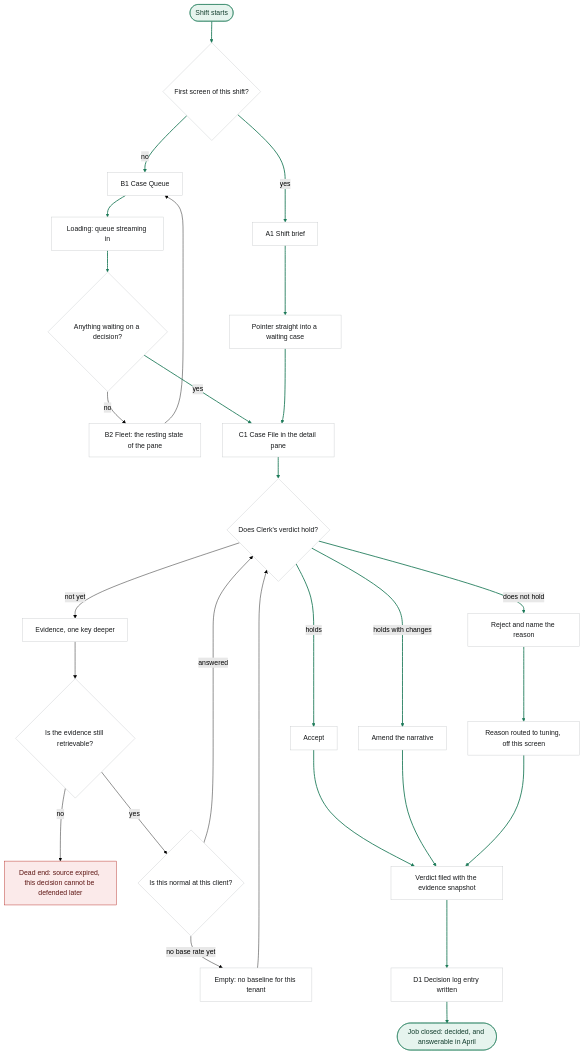
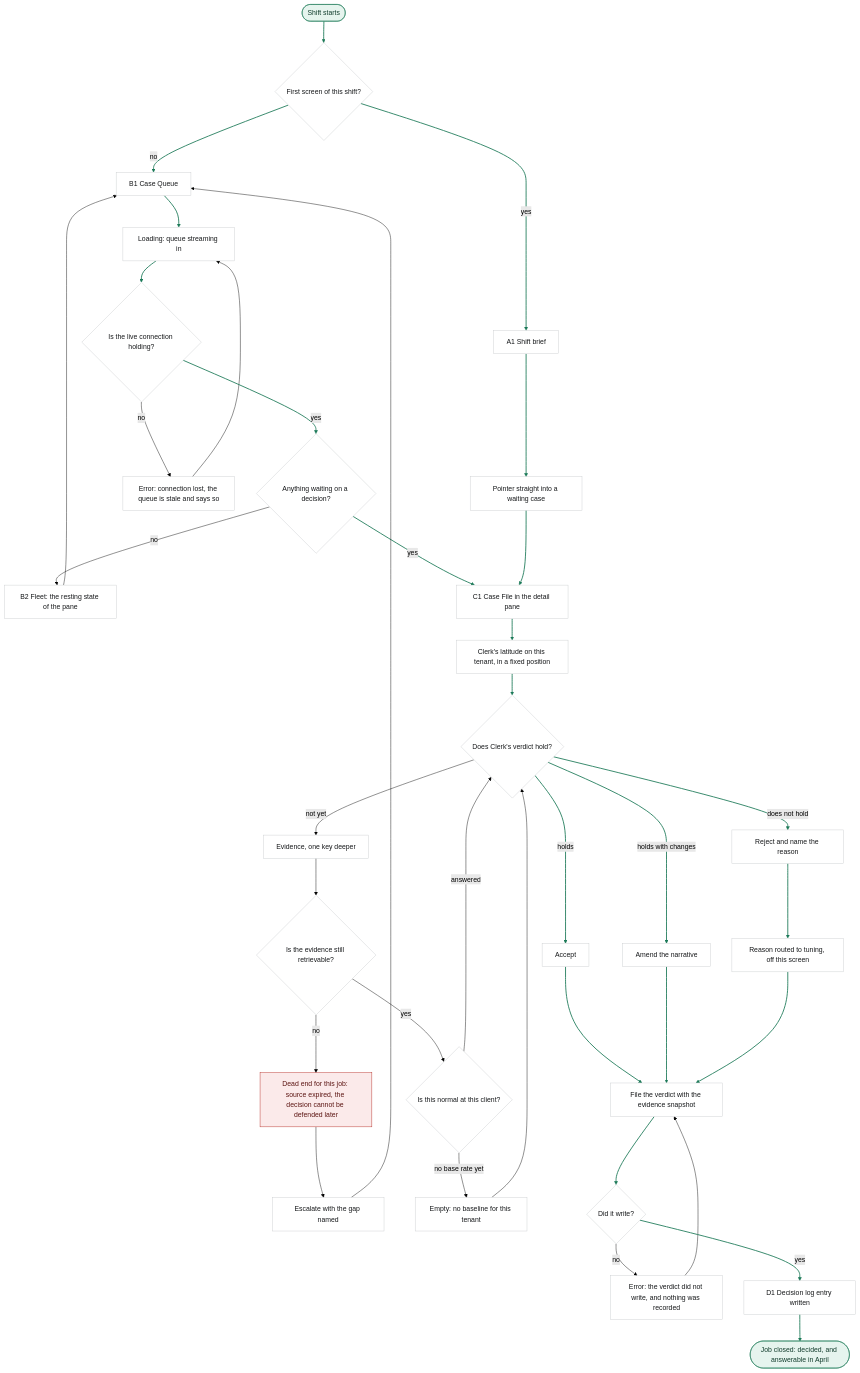
The first of 3 diagrams in ia/docs/flows.md (sergiodesign4u-dot/harrier), drawn with Mermaid (forest theme) before and after one commit. The commit also changed other lines of this file and 3 other files, not shown here.

````diff
--- a/ia/docs/flows.md
+++ b/ia/docs/flows.md
@@ -17,38 +19,47 @@
 ```mermaid
 flowchart TD
     Start([Shift starts]) --> Entry{First screen of this shift?}
     Entry -->|no| Queue[B1 Case Queue]
     Entry -->|yes| Brief[A1 Shift brief]
     Brief --> Point[Pointer straight into a waiting case]
     Queue --> Load["Loading: queue streaming in"]
-    Load --> Any{Anything waiting on a decision?}
+    Load --> Live{Is the live connection holding?}
+    Live -->|no| Stale["Error: connection lost, the queue is stale and says so"]
+    Stale --> Load
+    Live -->|yes| Any{Anything waiting on a decision?}
     Any -->|no| Fleet["B2 Fleet: the resting state of the pane"]
     Fleet --> Queue
     Any -->|yes| Case[C1 Case File in the detail pane]
     Point --> Case
-    Case --> Hold{Does Clerk's verdict hold?}
+    Case --> Autonomy["Clerk's latitude on this tenant, in a fixed position"]
+    Autonomy --> Hold{Does Clerk's verdict hold?}
     Hold -->|not yet| Deeper[Evidence, one key deeper]
     Deeper --> Gone{Is the evidence still retrievable?}
-    Gone -->|no| Dead["Dead end: source expired, this decision cannot be defended later"]
+    Gone -->|no| Dead["Dead end for this job: source expired, the decision cannot be defended later"]
+    Dead --> Esc[Escalate with the gap named]
+    Esc --> Queue
     Gone -->|yes| Base{Is this normal at this client?}
     Base -->|no base rate yet| NoBase["Empty: no baseline for this tenant"]
     NoBase --> Hold
     Base -->|answered| Hold
     Hold -->|holds| Accept[Accept]
     Hold -->|holds with changes| Amend[Amend the narrative]
     Hold -->|does not hold| Reject[Reject and name the reason]
     Reject --> Route["Reason routed to tuning, off this screen"]
-    Accept --> Filed
-    Amend --> Filed
-    Route --> Filed
-    Filed[Verdict filed with the evidence snapshot] --> Log["D1 Decision log entry written"]
+    Accept --> File
+    Amend --> File
+    Route --> File
+    File[File the verdict with the evidence snapshot] --> Ok{Did it write?}
+    Ok -->|no| Fail["Error: the verdict did not write, and nothing was recorded"]
+    Fail --> File
+    Ok -->|yes| Log["D1 Decision log entry written"]
     Log --> Win(["Job closed: decided, and answerable in April"])
 
     classDef success fill:#e6f4ee,stroke:#1c7a58,color:#123d2d;
     classDef dead fill:#fbeaea,stroke:#b3261e,color:#5c1512;
     classDef neutral fill:#ffffff,stroke:#c9ccce,color:#16181a;
     class Start,Win success;
     class Dead dead;
-    class Queue,Brief,Point,Load,Any,Fleet,Case,Hold,Deeper,Gone,Base,NoBase,Accept,Amend,Reject,Route,Filed,Log,Entry neutral;
-    linkStyle 0,1,2,3,4,5,8,9,10,18,19,20,21,22,23,24,25,26 stroke:#1c7a58,stroke-width:2px;
+    class Entry,Queue,Brief,Point,Load,Live,Stale,Any,Fleet,Case,Autonomy,Hold,Deeper,Gone,Esc,Base,NoBase,Accept,Amend,Reject,Route,File,Ok,Fail,Log neutral;
+    linkStyle 0,1,2,3,4,5,8,11,12,13,14,24,25,26,27,28,29,30,31,34,35 stroke:#1c7a58,stroke-width:2px;
 ```
````
